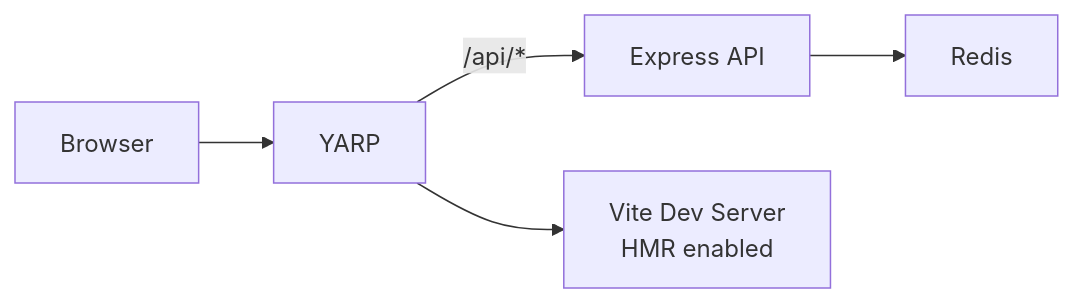
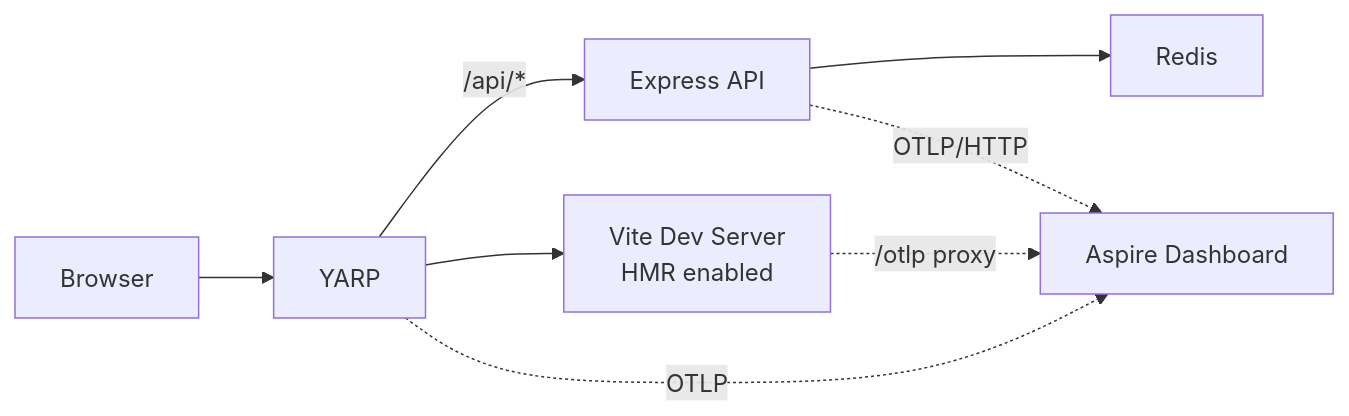
The first of 2 diagrams in samples/node-express-redis/README.md (microsoft/aspire-samples), drawn with Mermaid before and after one commit. The commit also changed other lines of this file and 41 other files, not shown here.

````diff
--- a/samples/node-express-redis/README.md
+++ b/samples/node-express-redis/README.md
@@ -11,7 +13,10 @@
 ```mermaid
 flowchart LR
     Browser --> YARP
     YARP -->|/api/*| Express[Express API]
     YARP --> Vite[Vite Dev Server<br/>HMR enabled]
     Express --> Redis
+    Vite -.->|/otlp proxy| Dashboard[Aspire Dashboard]
+    YARP -.->|OTLP| Dashboard
+    Express -.->|OTLP/HTTP| Dashboard
 ```
````
